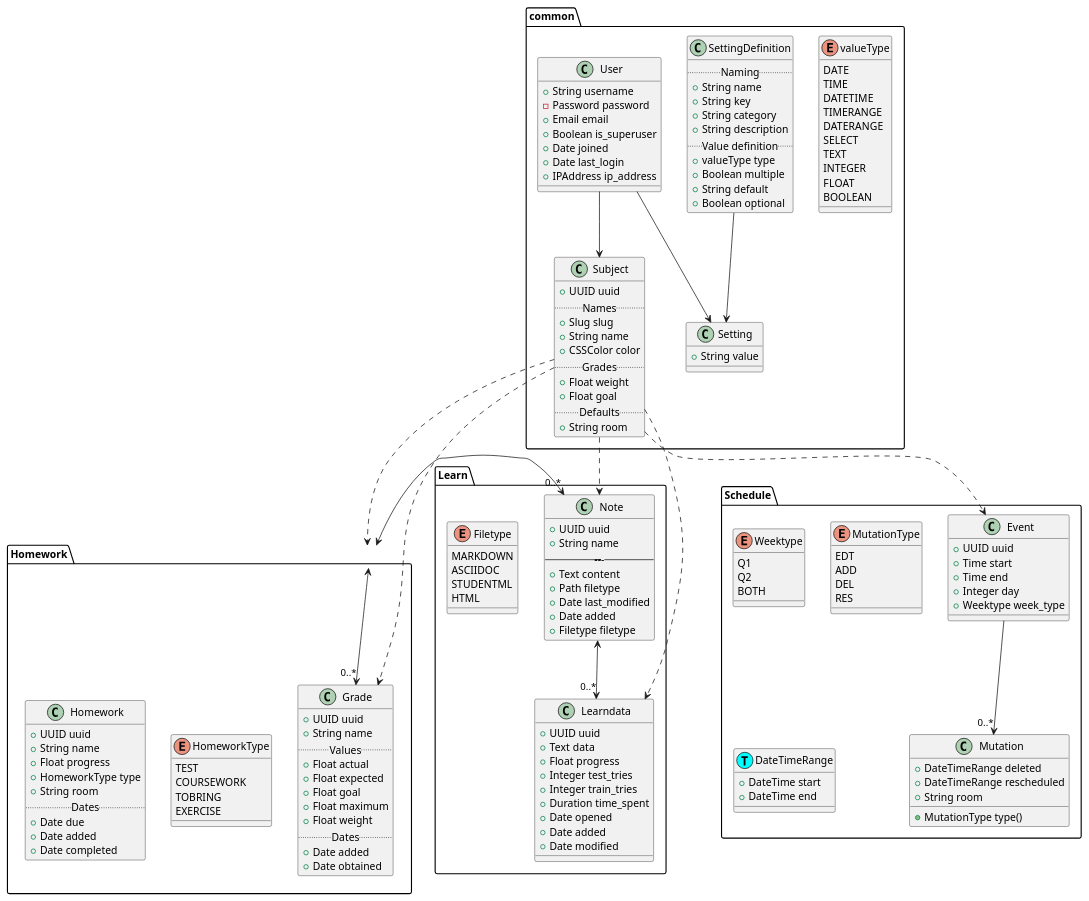
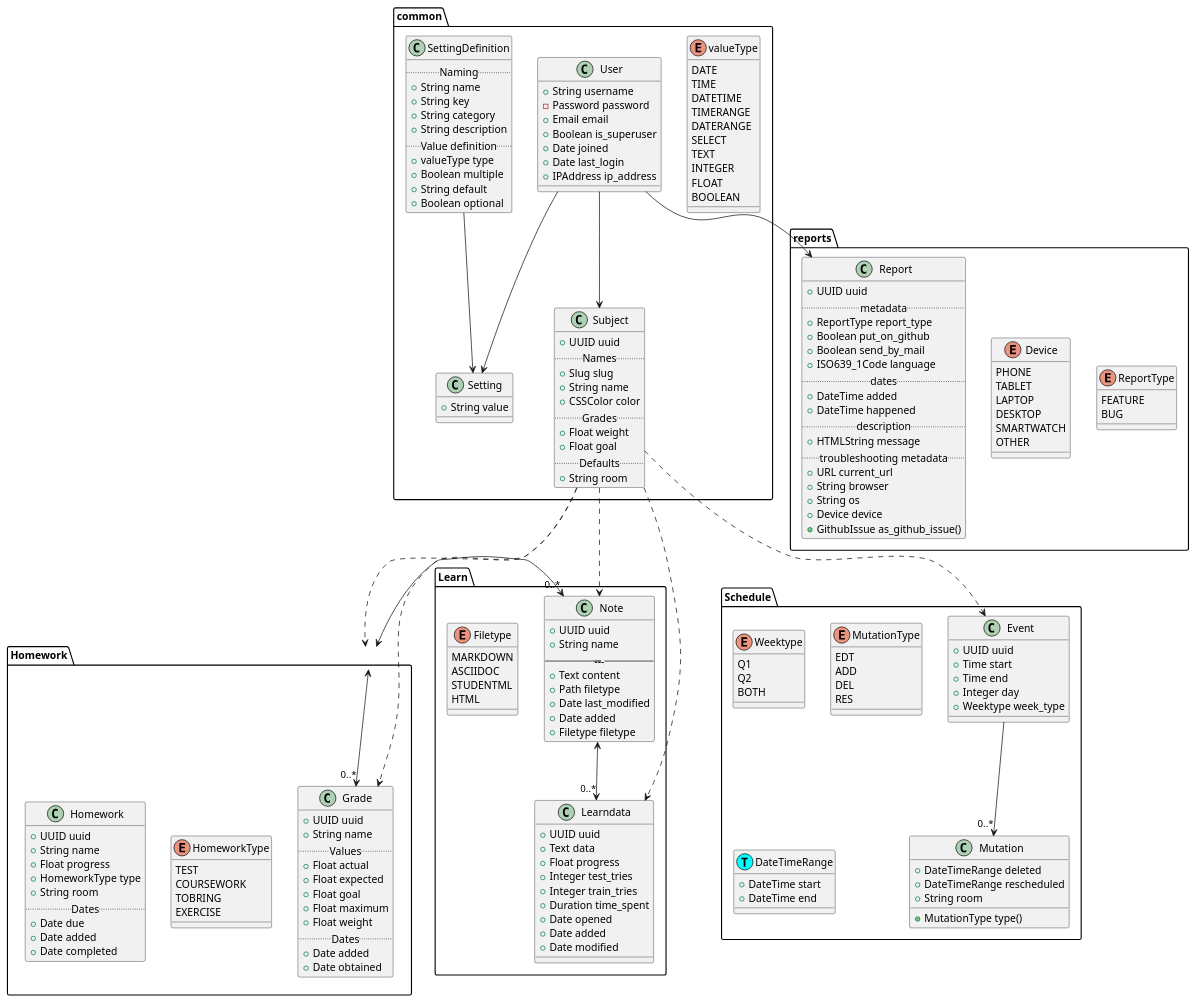
One commit to schoolsyst/api changed the diagram in DATABASE_V2.puml. Above: the diagram before and after it, drawn with PlantUML. The commit also changed 16 other files, not shown here.

First line of the commit message:
✨ Bug-reporting/feature-requesting system

```diff
--- a/DATABASE_V2.puml
+++ b/DATABASE_V2.puml
@@ -156,8 +156,45 @@
     }
 }
 
+package reports {
+    enum ReportType {
+        FEATURE
+        BUG
+    }
+
+    enum Device {
+        PHONE
+        TABLET
+        LAPTOP
+        DESKTOP
+        SMARTWATCH
+        OTHER
+    }
+
+    class Report {
+        + UUID uuid
+        ..metadata..
+        + ReportType report_type
+        + Boolean put_on_github
+        + Boolean send_by_mail
+        + ISO639_1Code language
+        ..dates..
+        + DateTime added
+        + DateTime happened
+        ..description..
+        + HTMLString message
+        ..troubleshooting metadata..
+        + URL current_url
+        + String browser
+        + String os
+        + Device device
+        + GithubIssue as_github_issue()
+    }
+}
+
 User --> Subject
 User --> Setting
+User --> Report
 SettingDefinition --> Setting
 
 Subject ..> Note
```
